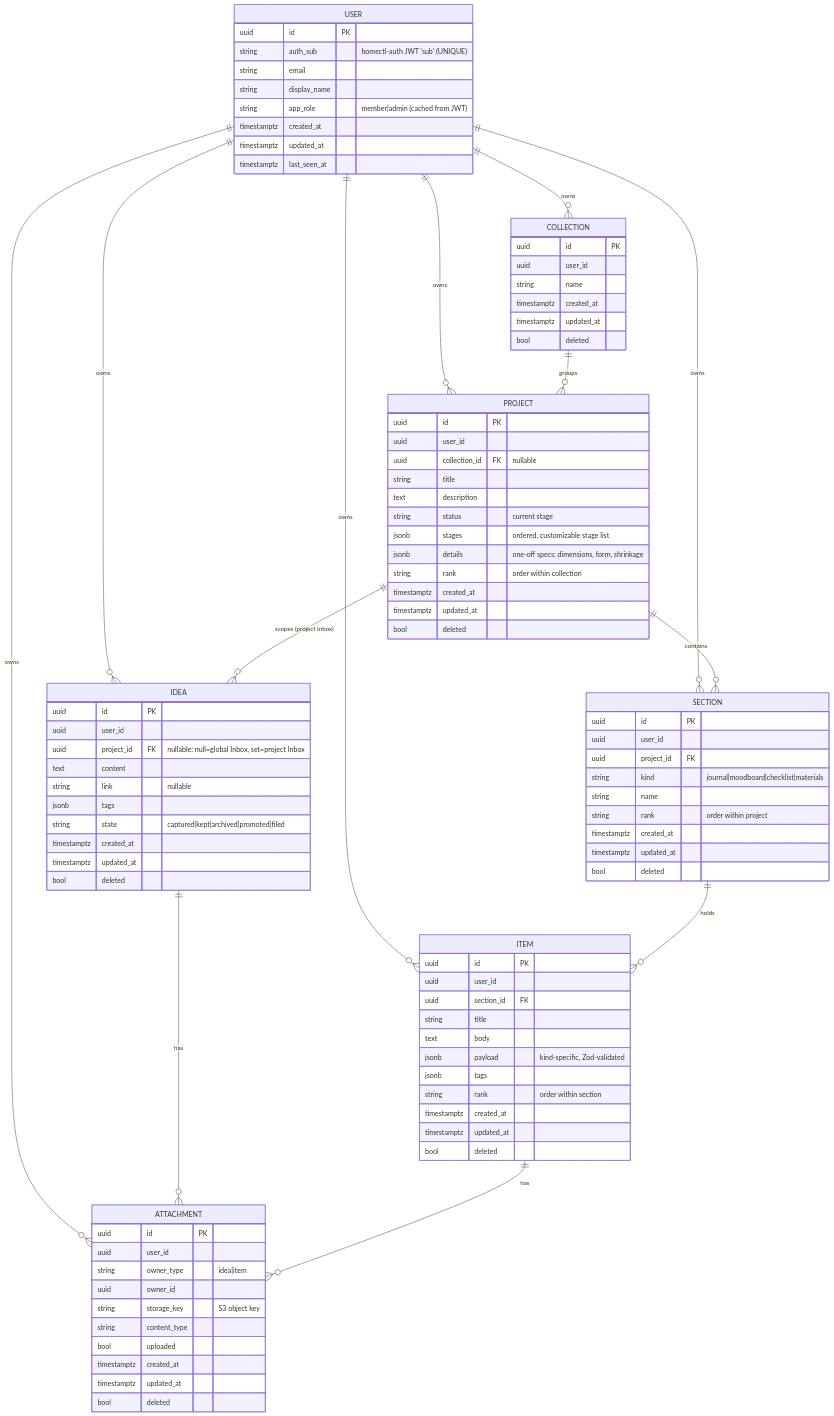
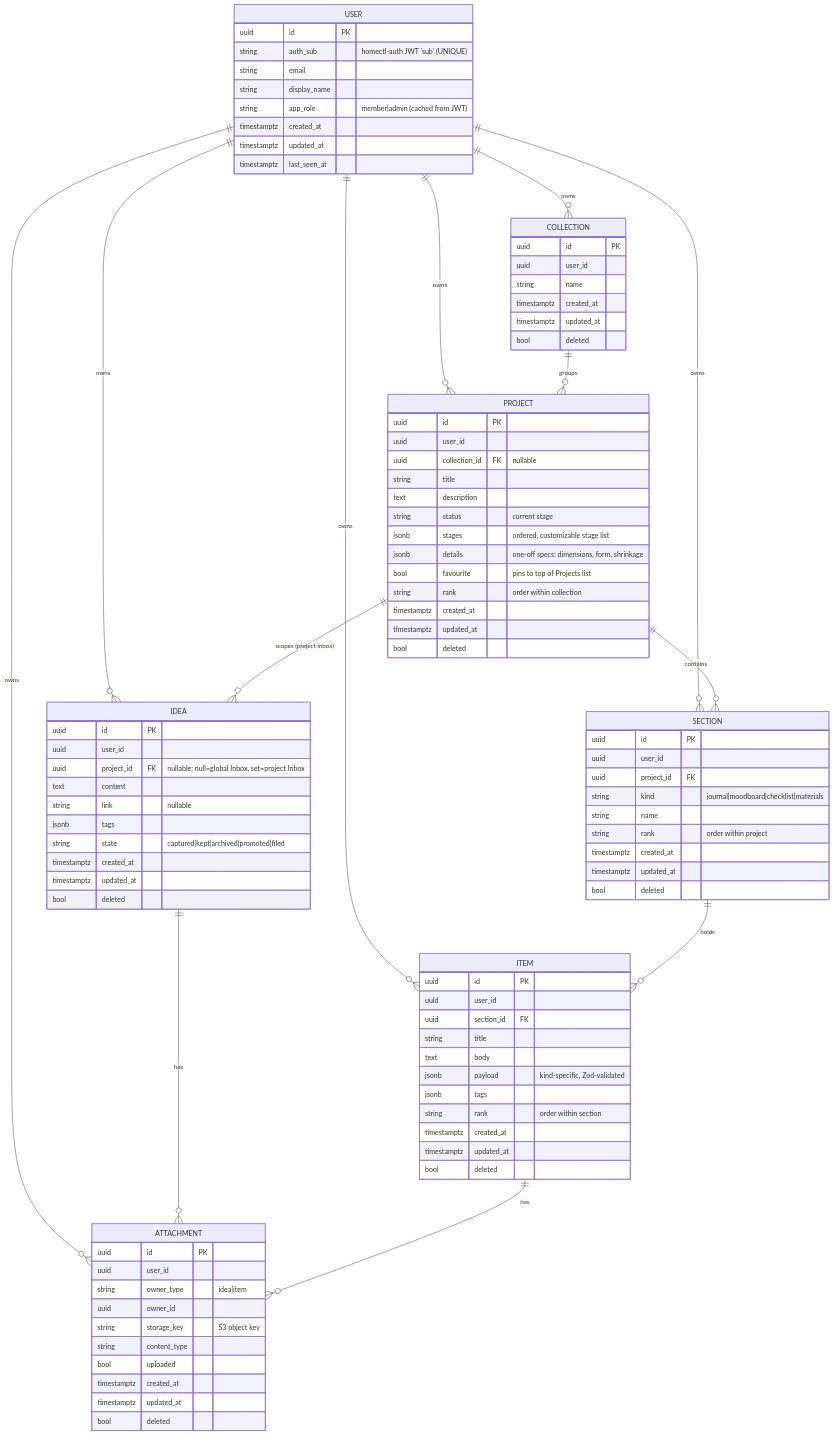
One commit to GagnatDev/workbench changed the first of 4 diagrams in docs/domain-model.md. Above: the diagram before and after it, drawn with Mermaid. The commit also changed other lines of this file and 3 other files, not shown here.

```diff
--- a/docs/domain-model.md
+++ b/docs/domain-model.md
@@ -58,6 +59,7 @@
         string      status "current stage"
         jsonb       stages "ordered, customizable stage list"
         jsonb       details "one-off specs: dimensions, form, shrinkage"
+        bool        favourite "pins to top of Projects list"
         string      rank "order within collection"
         timestamptz created_at
         timestamptz updated_at
```
